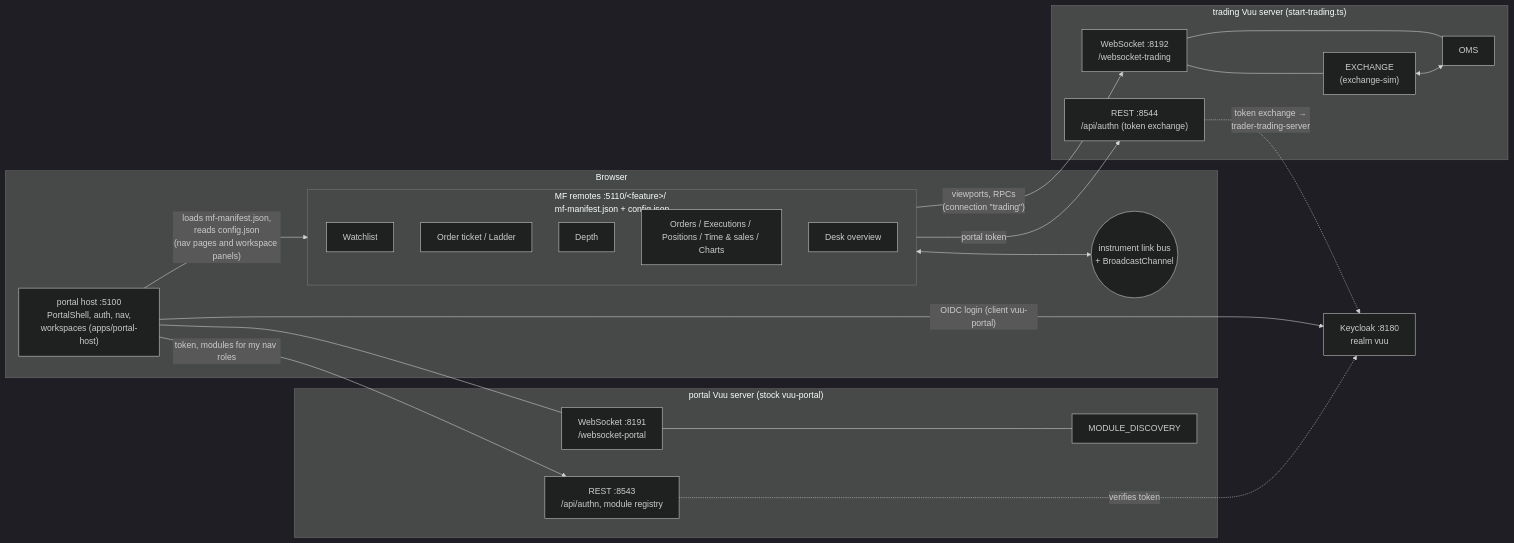
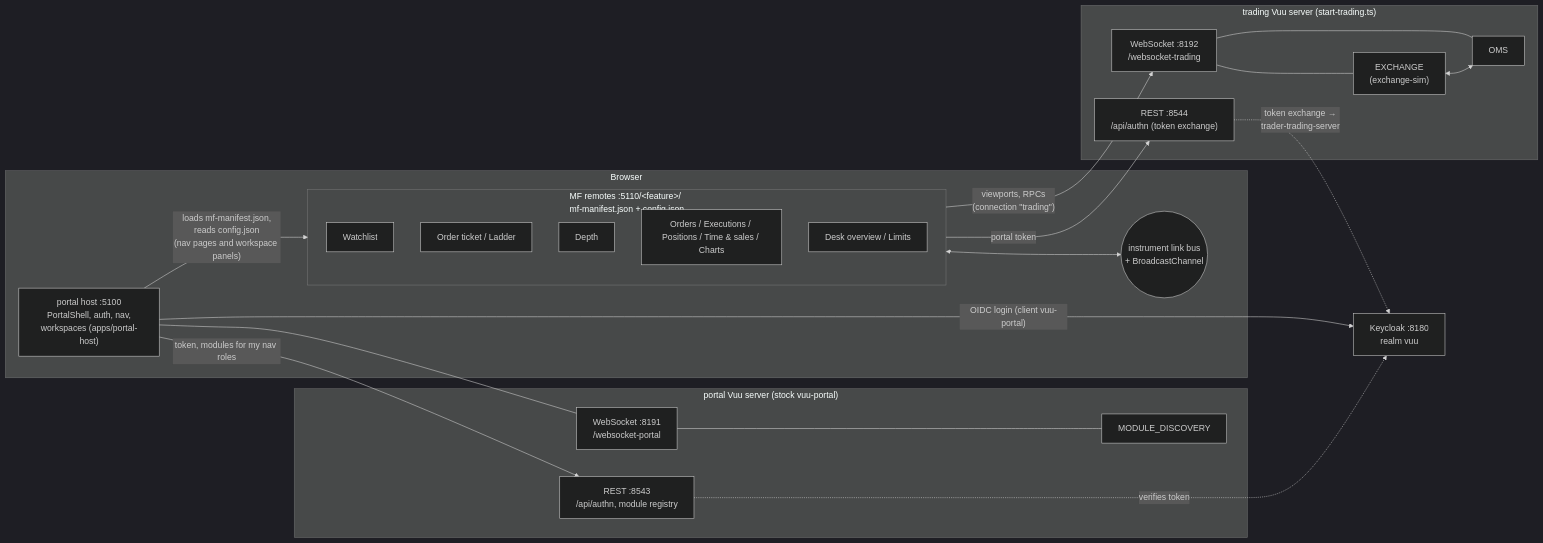
The diagram in docs/portal-integration.md (heswell/trader), drawn with Mermaid (dark theme) before and after one commit. The commit also changed other lines of this file and 6 other files, not shown here.

````diff
--- a/docs/portal-integration.md
+++ b/docs/portal-integration.md
@@ -15,38 +15,38 @@
 ```mermaid
 flowchart LR
   subgraph Browser
     Host["portal host :5100<br/>PortalShell, auth, nav,<br/>workspaces (apps/portal-host)"]
     subgraph Remotes["MF remotes :5110/&lt;feature&gt;/<br/>mf-manifest.json + config.json"]
       W[Watchlist]
       T[Order ticket / Ladder]
       D[Depth]
       O[Orders / Executions / Positions / Time &amp; sales / Charts]
-      SV[Desk overview]
+      SV[Desk overview / Limits]
     end
     Host -- "loads mf-manifest.json,<br/>reads config.json<br/>(nav pages and workspace panels)" --> Remotes
     Bus(("instrument link bus<br/>+ BroadcastChannel"))
     Remotes <--> Bus
   end
   KC["Keycloak :8180<br/>realm vuu"]
   subgraph Portal["portal Vuu server (stock vuu-portal)"]
     REST["REST :8543<br/>/api/authn, module registry"]
     WSS["WebSocket :8191<br/>/websocket-portal"]
     MD[MODULE_DISCOVERY]
   end
   subgraph Trading["trading Vuu server (start-trading.ts)"]
     TREST["REST :8544<br/>/api/authn (token exchange)"]
     TWSS["WebSocket :8192<br/>/websocket-trading"]
     EX["EXCHANGE<br/>(exchange-sim)"]
     OMS[OMS]
   end
   Host -- "OIDC login (client vuu-portal)" --> KC
   Host -- "token, modules for my nav roles" --> REST
   Host --- WSS
   WSS --- MD
   Remotes -- "portal token" --> TREST
   TREST -. "token exchange →<br/>trader-trading-server" .-> KC
   Remotes -- "viewports, RPCs<br/>(connection &quot;trading&quot;)" --> TWSS
   REST -. "verifies token" .-> KC
   TWSS --- EX & OMS
   EX <--> OMS
 ```
````
